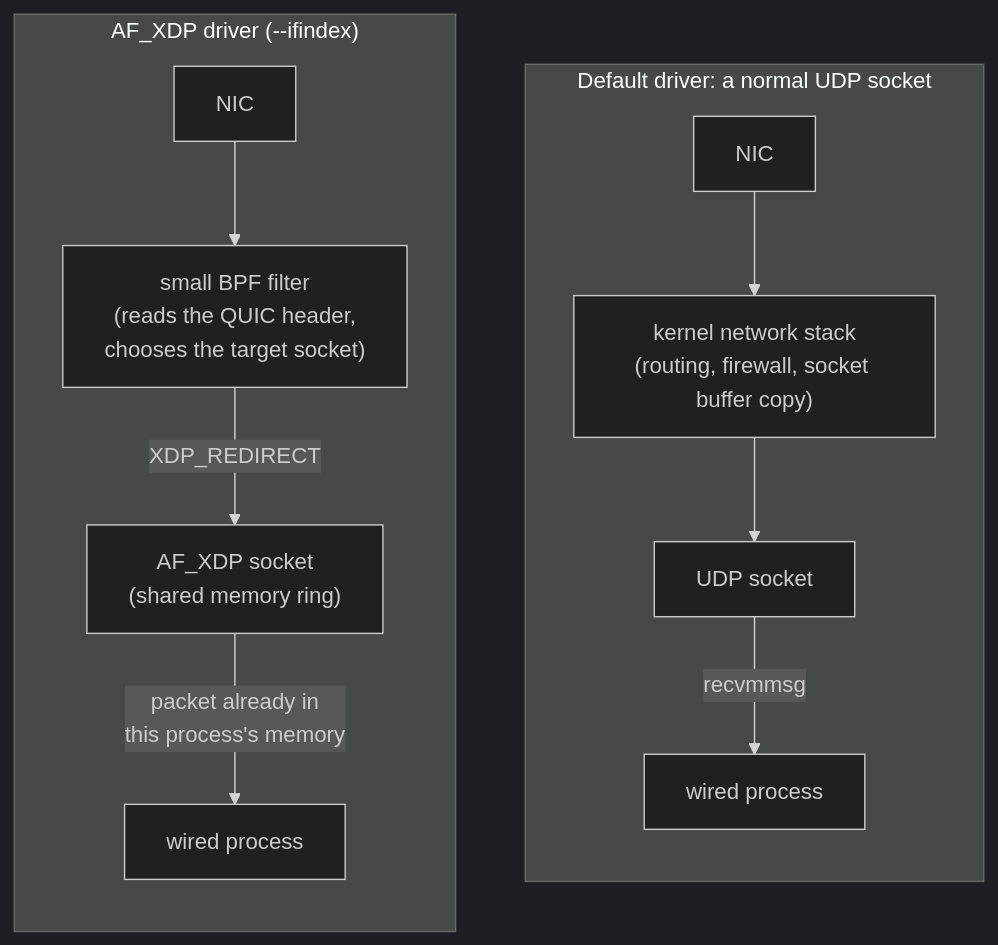
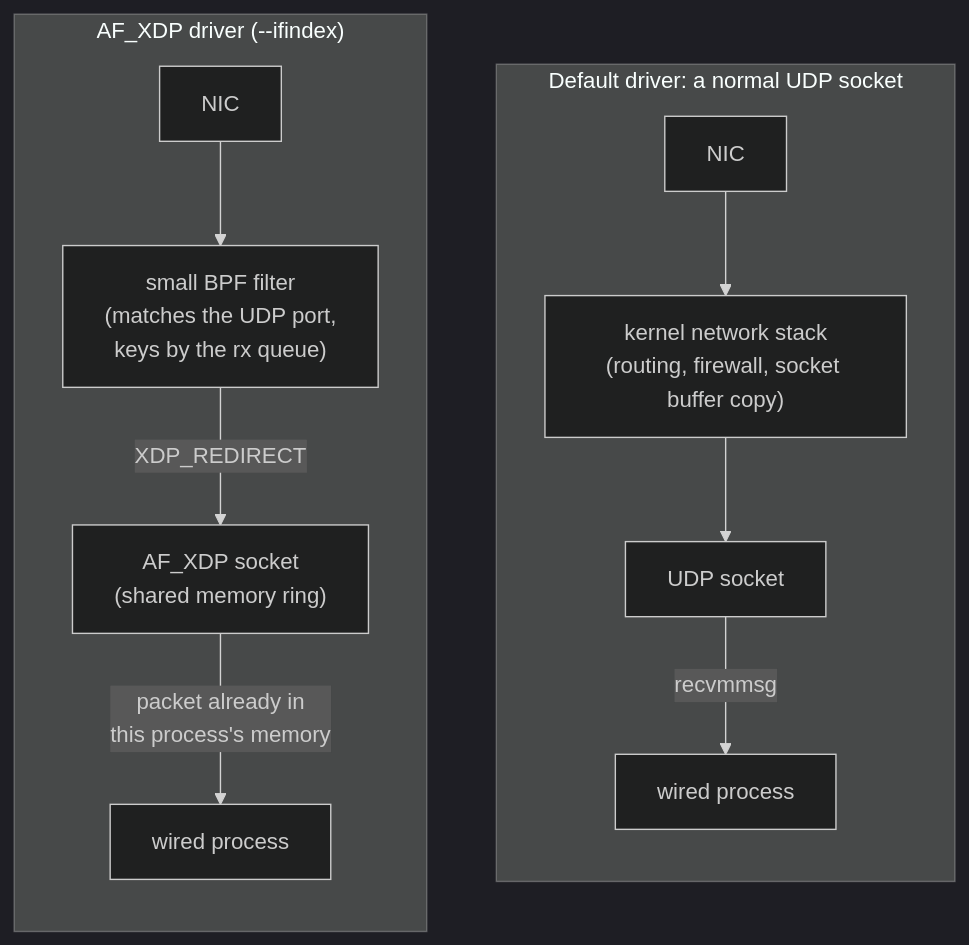
The first of 5 diagrams in docs/architecture/io-drivers.md (Hakkadaikon/wired), drawn with Mermaid (dark theme) before and after one commit. The commit also changed other lines of this file and 2 other files, not shown here.

First line of the commit message:
docs: describe AF_XDP multi-queue forwarding and its limits

````diff
--- a/docs/architecture/io-drivers.md
+++ b/docs/architecture/io-drivers.md
@@ -16,16 +16,16 @@
 ```mermaid
 graph TB
     subgraph defaultdrv["Default driver: a normal UDP socket"]
         direction TB
         nic1["NIC"] --> stack["kernel network stack<br/>(routing, firewall, socket buffer copy)"]
         stack --> sock["UDP socket"]
         sock -- "recvmmsg" --> app1["wired process"]
     end
 
     subgraph xdp["AF_XDP driver (--ifindex)"]
         direction TB
-        nic2["NIC"] --> bpf["small BPF filter<br/>(reads the QUIC header,<br/>chooses the target socket)"]
+        nic2["NIC"] --> bpf["small BPF filter<br/>(matches the UDP port,<br/>keys by the rx queue)"]
         bpf -- "XDP_REDIRECT" --> xsk["AF_XDP socket<br/>(shared memory ring)"]
         xsk -- "packet already in<br/>this process's memory" --> app2["wired process"]
     end
 ```
````
